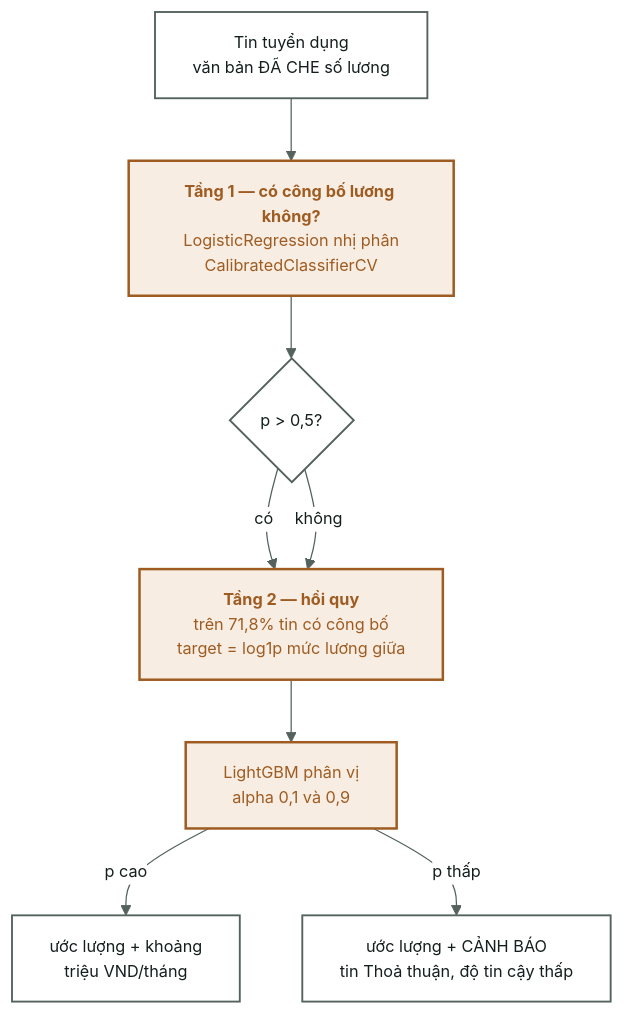
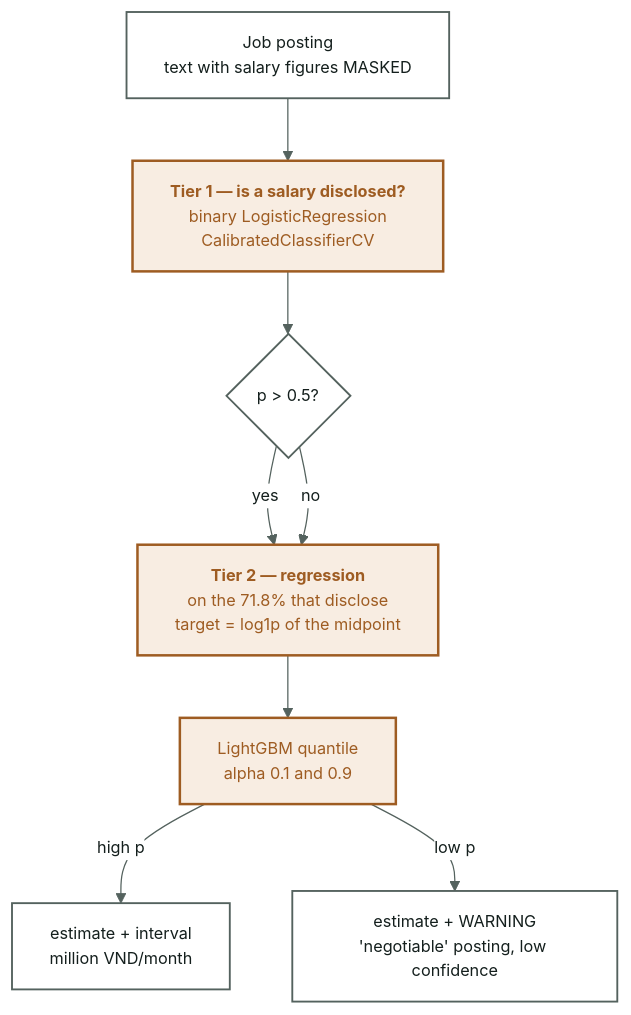
One commit to boy2407/vietjobs changed the diagram in docs/07-bai-toan-luong.md. Above: the diagram before and after it, drawn with Mermaid. The commit also changed other lines of this file and 85 other files, not shown here.

````diff
--- a/docs/07-bai-toan-luong.md
+++ b/docs/07-bai-toan-luong.md
@@ -13,27 +22,27 @@
 ```mermaid
 %%{init:{'theme':'base','themeVariables':{
   'primaryColor':'#EFF3F1','primaryTextColor':'#141F1D','primaryBorderColor':'#54625E',
   'lineColor':'#54625E','fontSize':'13px','fontFamily':'Be Vietnam Pro, Segoe UI, sans-serif',
   'clusterBkg':'#FFFFFF','clusterBorder':'#C3CFCB','edgeLabelBackground':'#FFFFFF',
   'secondaryColor':'#FFFFFF','tertiaryColor':'#FFFFFF','mainBkg':'#FFFFFF',
   'nodeTextColor':'#141F1D','titleColor':'#141F1D'}}}%%
 flowchart TD
     classDef default fill:#FFFFFF,stroke:#54625E,stroke-width:1.5px,color:#141F1D
-    IN["Tin tuyển dụng<br/>văn bản ĐÃ CHE số lương"]
-    T1["<b>Tầng 1 — có công bố lương không?</b><br/>LogisticRegression nhị phân<br/>CalibratedClassifierCV"]
-    D{"p > 0,5?"}
-    T2["<b>Tầng 2 — hồi quy</b><br/>trên 71,8% tin có công bố<br/>target = log1p mức lương giữa"]
-    Q["LightGBM phân vị<br/>alpha 0,1 và 0,9"]
-    OUT1["ước lượng + khoảng<br/>triệu VND/tháng"]
-    OUT2["ước lượng + CẢNH BÁO<br/>tin Thoả thuận, độ tin cậy thấp"]
+    IN["Job posting<br/>text with salary figures MASKED"]
+    T1["<b>Tier 1 — is a salary disclosed?</b><br/>binary LogisticRegression<br/>CalibratedClassifierCV"]
+    D{"p > 0.5?"}
+    T2["<b>Tier 2 — regression</b><br/>on the 71.8% that disclose<br/>target = log1p of the midpoint"]
+    Q["LightGBM quantile<br/>alpha 0.1 and 0.9"]
+    OUT1["estimate + interval<br/>million VND/month"]
+    OUT2["estimate + WARNING<br/>'negotiable' posting, low confidence"]
 
     IN --> T1 --> D
-    D -->|có| T2
-    D -->|không| T2
+    D -->|yes| T2
+    D -->|no| T2
     T2 --> Q
-    Q -->|"p cao"| OUT1
-    Q -->|"p thấp"| OUT2
+    Q -->|"high p"| OUT1
+    Q -->|"low p"| OUT2
 
     classDef todo fill:#F8EDE2,stroke:#9E5C22,stroke-width:2px,color:#9E5C22
     class T1,T2,Q todo
 ```
````
